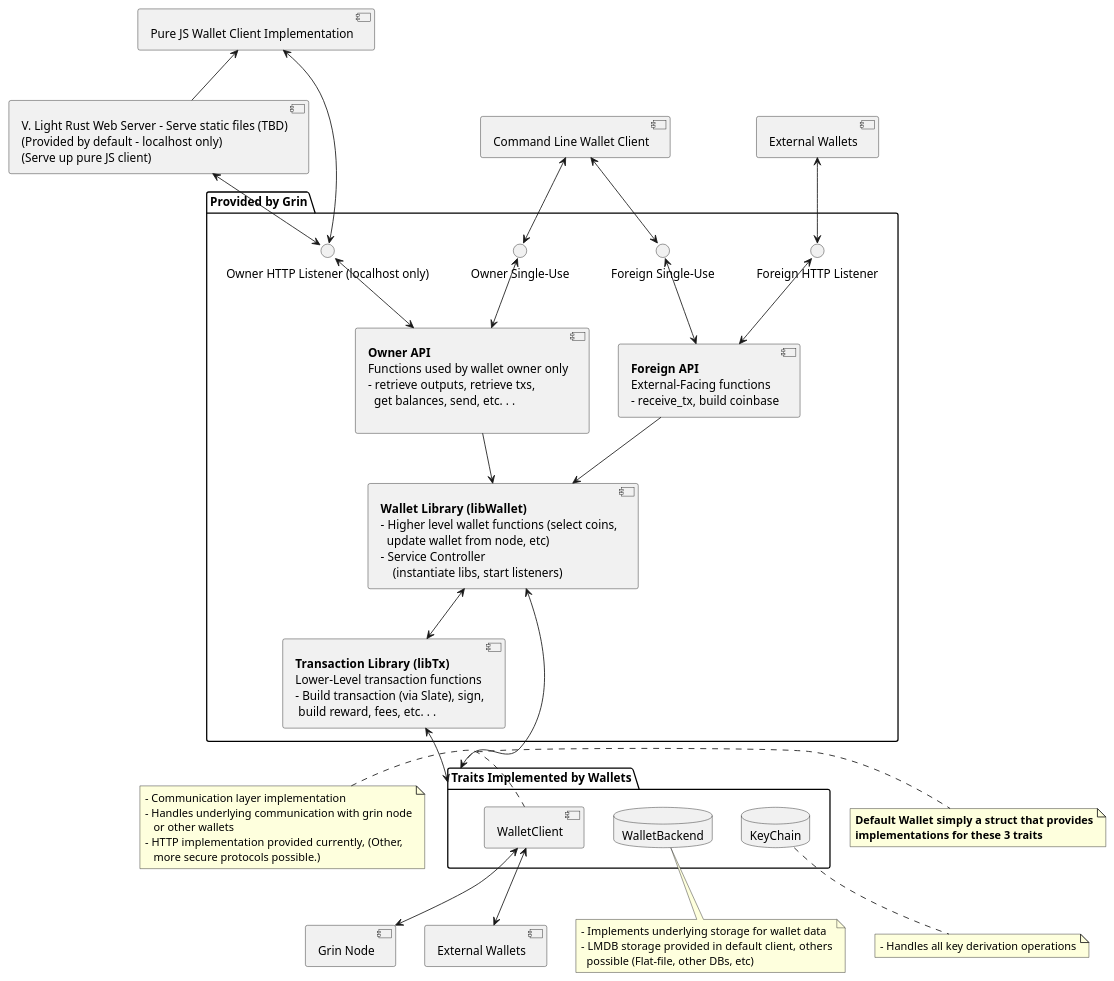
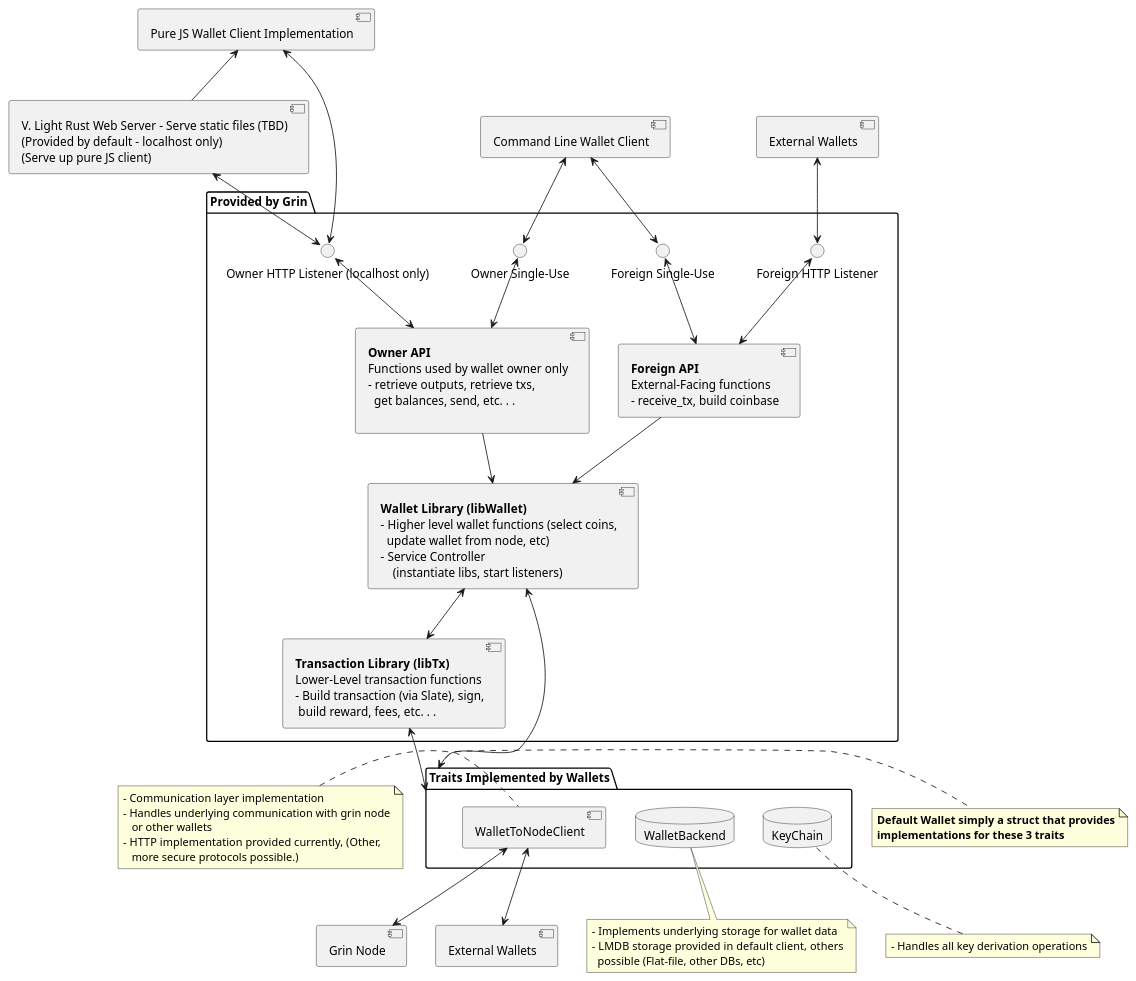
One commit to mimblewimble/grin changed the diagram in doc/wallet/design/wallet-arch.puml. Above: the diagram before and after it, drawn with PlantUML. The commit also changed 21 other files, not shown here.

```diff
--- a/doc/wallet/design/wallet-arch.puml
+++ b/doc/wallet/design/wallet-arch.puml
@@ -1,110 +1,110 @@
 @startuml grin-wallet-overview 
 skinparam componentStyle uml2
 
 [Grin Node] as grin_node
 
 folder "Provided by Grin" as services {
 	component foreign_api [
 		**Foreign API**
 		External-Facing functions
 		- receive_tx, build coinbase
 	]
 
 	component owner_api [
 		**Owner API**
 		Functions used by wallet owner only
 		- retrieve outputs, retrieve txs,
 		  get balances, send, etc. . .
 
 	]
 	component libtx [
         **Transaction Library (libTx)**
         Lower-Level transaction functions
         - Build transaction (via Slate), sign,
          build reward, fees, etc. . .
 	]
 	component libwallet [
         **Wallet Library (libWallet)	**
         - Higher level wallet functions (select coins,
           update wallet from node, etc)
         - Service Controller
             (instantiate libs, start listeners)
 	]
 	() "Owner HTTP Listener (localhost only)" as owner_http
 	() "Foreign HTTP Listener" as foreign_http
 	() "Owner Single-Use" as owner_single
 	() "Foreign Single-Use" as foreign_single
 }
 
 ' Trait definitions
 package "Traits Implemented by Wallets" as traits {
 	database "WalletBackend" as wallet_backend
 	database "KeyChain" as keychain
-	component "WalletClient" as wallet_client
+	component "WalletToNodeClient" as wallet_client
 }
 
 note left of wallet_client
     - Communication layer implementation
     - Handles underlying communication with grin node
        or other wallets
     - HTTP implementation provided currently, (Other,
        more secure protocols possible.)
 end note
 
 note bottom of keychain
     - Handles all key derivation operations
 end note
 
 note bottom of wallet_backend
     - Implements underlying storage for wallet data
     - LMDB  storage provided in default client, others
       possible (Flat-file, other DBs, etc)
 end note
 
 libtx <--> traits
 libwallet <--> traits
 
 note right of traits
     **Default Wallet simply a struct that provides**
     **implementations for these 3 traits**
 end note
 
 ' Client Side
 'package "Provided as reference implementation" {
 	[Pure JS Wallet Client Implementation] as js_client
 	[Command Line Wallet Client] as cl_client
 	component web_server [
 			V. Light Rust Web Server - Serve static files (TBD)
 			(Provided by default - localhost only)
 			(Serve up pure JS client)
 	]
 '}
 
 [External Wallets] as external_wallets
 [External Wallets] as external_wallets_2
 
 wallet_client <--> grin_node
 wallet_client <--> external_wallets_2
 
 web_server <--> owner_http
 js_client <-- web_server
 cl_client <--> owner_single
 cl_client <--> foreign_single
 
 owner_single <--> owner_api
 foreign_single <--> foreign_api
 
 libwallet <--> libtx
 
 foreign_api --> libwallet
 owner_api --> libwallet
 
 js_client <--> owner_http
 owner_http <--> owner_api
 external_wallets <--> foreign_http
 foreign_http <--> foreign_api
 
 'layout fix
 'grin_node -[hidden]- wallet_backend
 
 @enduml
```
